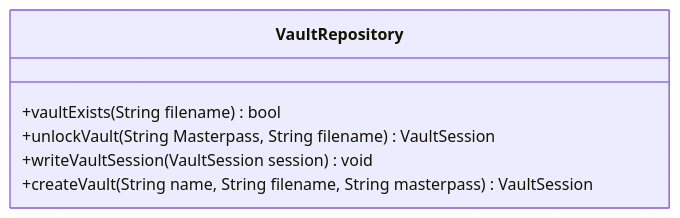
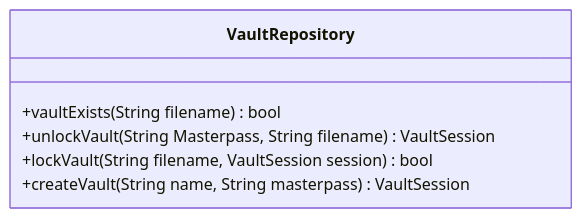
Before and after one commit to Keypr-org/docs: the first of 10 diagrams in diagrams/class-sequence-diagrams.md, drawn with Mermaid. The commit also changed other lines of this file, not shown here.

Commit message:
[Doc]: Update class and sequence diagram for lockVault

````diff
--- a/diagrams/class-sequence-diagrams.md
+++ b/diagrams/class-sequence-diagrams.md
@@ -7,9 +7,9 @@
 ```mermaid
 classDiagram
     class VaultRepository{
         +vaultExists(String filename) bool
         +unlockVault(String Masterpass, String filename) VaultSession
-        +writeVaultSession(VaultSession session) void
-        +createVault(String name, String filename, String masterpass) VaultSession
+        +lockVault(String filename, VaultSession session) bool
+        +createVault(String name, String masterpass) VaultSession
     }
 ```
````
